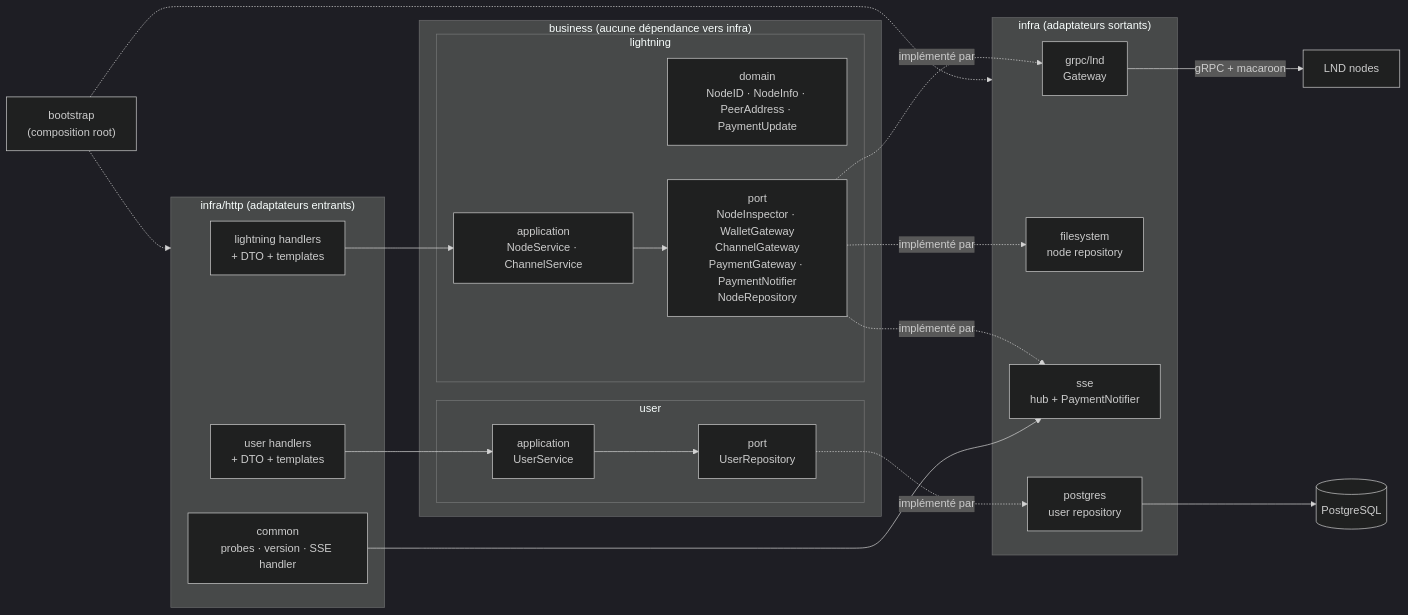
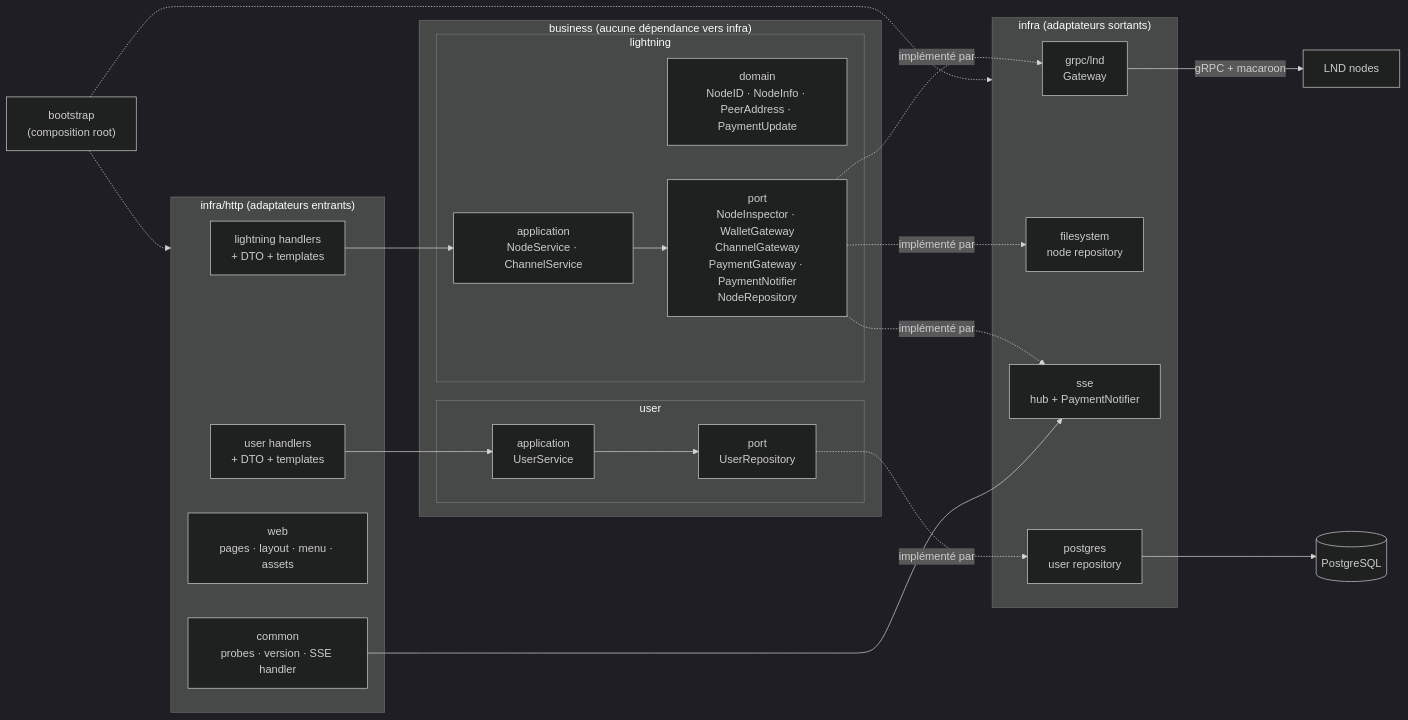
Before and after one commit to LMare/lightning-playground: the diagram in docs-schema/backend-architecture.mmd, drawn with Mermaid (dark theme). The commit also changed 2 other files, not shown here.

Commit message:
docs(htmx-monolith): pages live in web, lightning and user are resources only

```diff
--- a/docs-schema/backend-architecture.mmd
+++ b/docs-schema/backend-architecture.mmd
@@ -1,39 +1,40 @@
 graph LR
     subgraph IN["infra/http (adaptateurs entrants)"]
         HL["lightning handlers<br/>+ DTO + templates"]
         HU["user handlers<br/>+ DTO + templates"]
+        HW["web<br/>pages · layout · menu · assets"]
         HC["common<br/>probes · version · SSE handler"]
     end
 
     subgraph BIZ["business (aucune dépendance vers infra)"]
         subgraph LN["lightning"]
             LAPP["application<br/>NodeService · ChannelService"]
             LDOM["domain<br/>NodeID · NodeInfo · PeerAddress · PaymentUpdate"]
             LPORT["port<br/>NodeInspector · WalletGateway<br/>ChannelGateway<br/>PaymentGateway · PaymentNotifier<br/>NodeRepository"]
         end
         subgraph US["user"]
             UAPP["application<br/>UserService"]
             UPORT["port<br/>UserRepository"]
         end
     end
 
     subgraph OUT["infra (adaptateurs sortants)"]
         GRPC["grpc/lnd<br/>Gateway"]
         FS["filesystem<br/>node repository"]
         SSE["sse<br/>hub + PaymentNotifier"]
         PG["postgres<br/>user repository"]
     end
 
     HL --> LAPP
     HU --> UAPP
     LAPP --> LPORT
     UAPP --> UPORT
     LPORT -. implémenté par .-> GRPC
     LPORT -. implémenté par .-> FS
     LPORT -. implémenté par .-> SSE
     UPORT -. implémenté par .-> PG
     GRPC -->|gRPC + macaroon| LND["LND nodes"]
     PG --> DB[("PostgreSQL")]
     HC --> SSE
     BOOT["bootstrap<br/>(composition root)"] -.-> IN
     BOOT -.-> OUT
```
